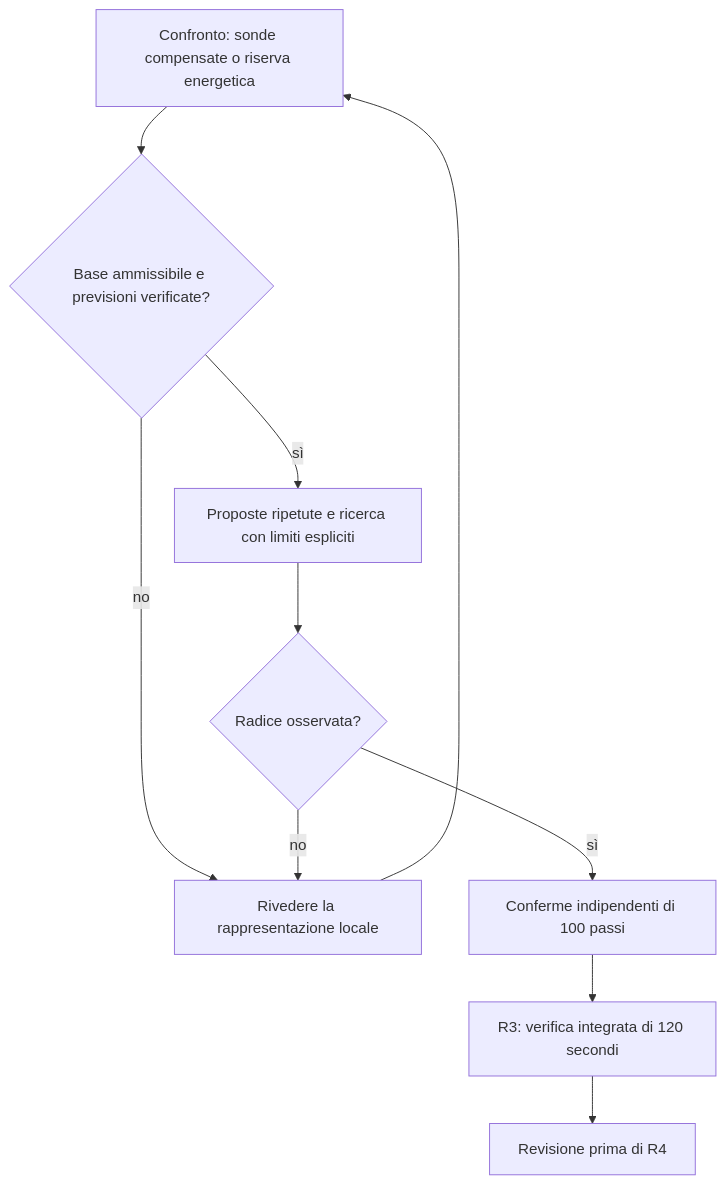
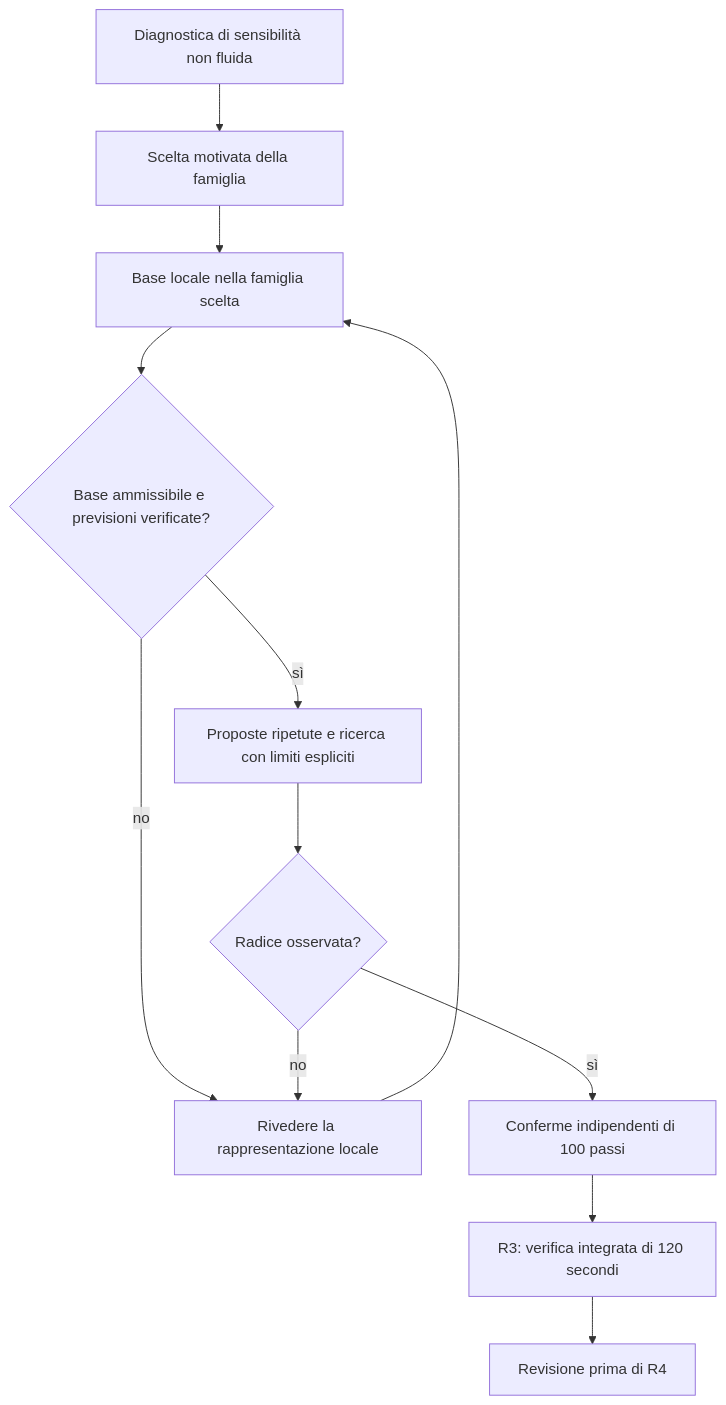
The first of 2 diagrams in docs/ROADMAP.md (archistico/NuclearReactorSimulator), drawn with Mermaid before and after one commit. The commit also changed other lines of this file and 16 other files, not shown here.

````diff
--- a/docs/ROADMAP.md
+++ b/docs/ROADMAP.md
@@ -47,12 +50,14 @@
 ```mermaid
 flowchart TD
-    A["Confronto: sonde compensate o riserva energetica"] --> B{"Base ammissibile e previsioni verificate?"}
+    S["Diagnostica di sensibilità non fluida"] --> T["Scelta motivata della famiglia"]
+    T --> A["Base locale nella famiglia scelta"]
+    A --> B{"Base ammissibile e previsioni verificate?"}
     B -->|"no"| R["Rivedere la rappresentazione locale"]
     R --> A
     B -->|"sì"| C["Proposte ripetute e ricerca con limiti espliciti"]
     C --> D{"Radice osservata?"}
     D -->|"no"| R
     D -->|"sì"| E["Conferme indipendenti di 100 passi"]
     E --> F["R3: verifica integrata di 120 secondi"]
     F --> G["Revisione prima di R4"]
 ```
````
